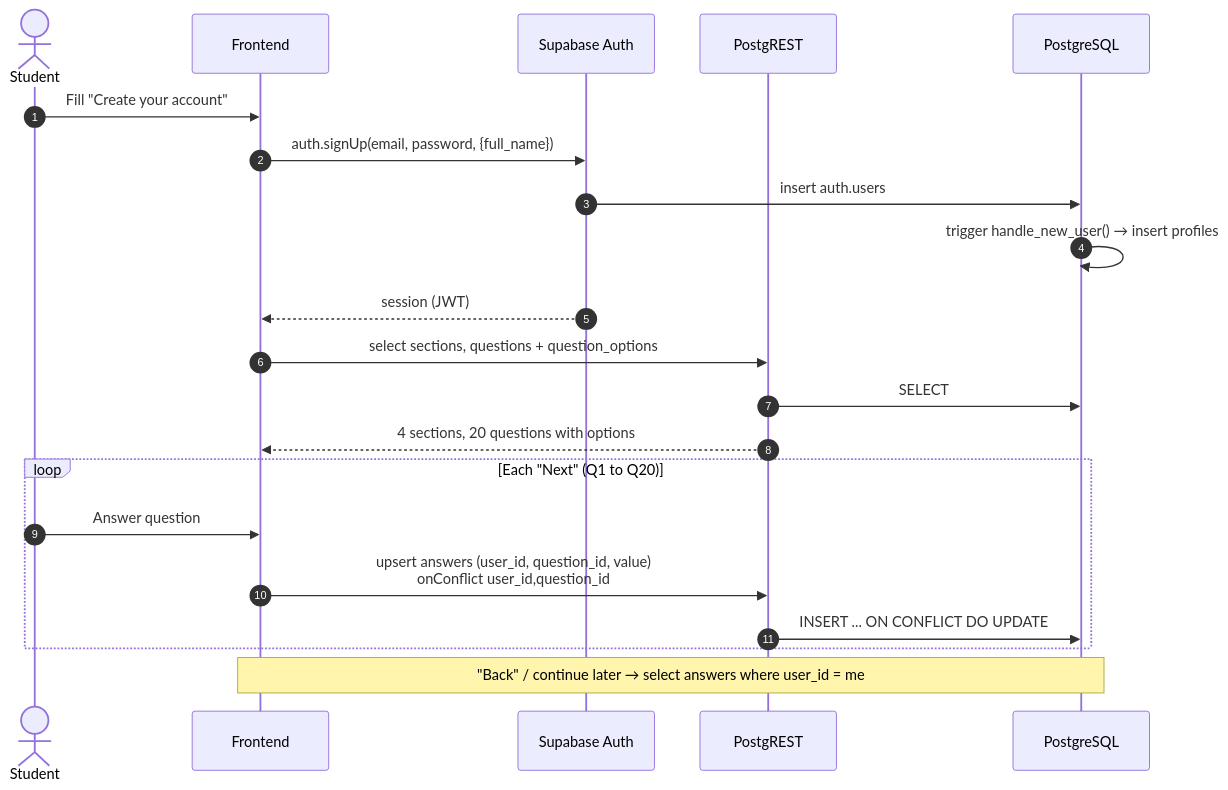
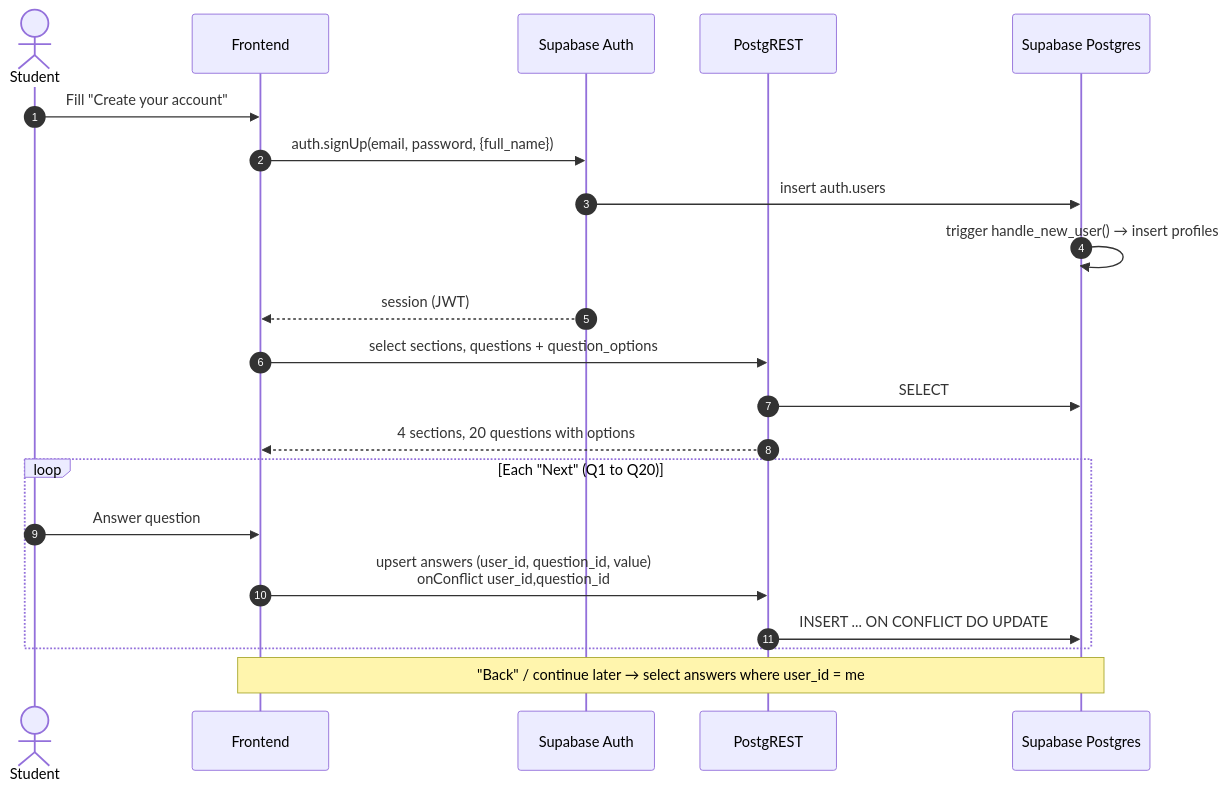
One commit to nooraldeny3-svg/pathfinder-backend changed the diagram in docs/diagrams/04-seq-signup-questionnaire.mmd. Above: the diagram before and after it, drawn with Mermaid. The commit also changed 12 other files, not shown here.

Commit message:
docs: architecture v1.1 - React + Supabase + Gemini

```diff
--- a/docs/diagrams/04-seq-signup-questionnaire.mmd
+++ b/docs/diagrams/04-seq-signup-questionnaire.mmd
@@ -1,22 +1,22 @@
 sequenceDiagram
     autonumber
     actor U as Student
     participant FE as Frontend
     participant A as Supabase Auth
     participant R as PostgREST
-    participant DB as PostgreSQL
+    participant DB as Supabase Postgres
 
     U->>FE: Fill "Create your account"
     FE->>A: auth.signUp(email, password, {full_name})
     A->>DB: insert auth.users
     DB->>DB: trigger handle_new_user() → insert profiles
     A-->>FE: session (JWT)
     FE->>R: select sections, questions + question_options
     R->>DB: SELECT
     R-->>FE: 4 sections, 20 questions with options
     loop Each "Next" (Q1 to Q20)
         U->>FE: Answer question
         FE->>R: upsert answers (user_id, question_id, value)<br/>onConflict user_id,question_id
         R->>DB: INSERT ... ON CONFLICT DO UPDATE
     end
     Note over FE,DB: "Back" / continue later → select answers where user_id = me
```
